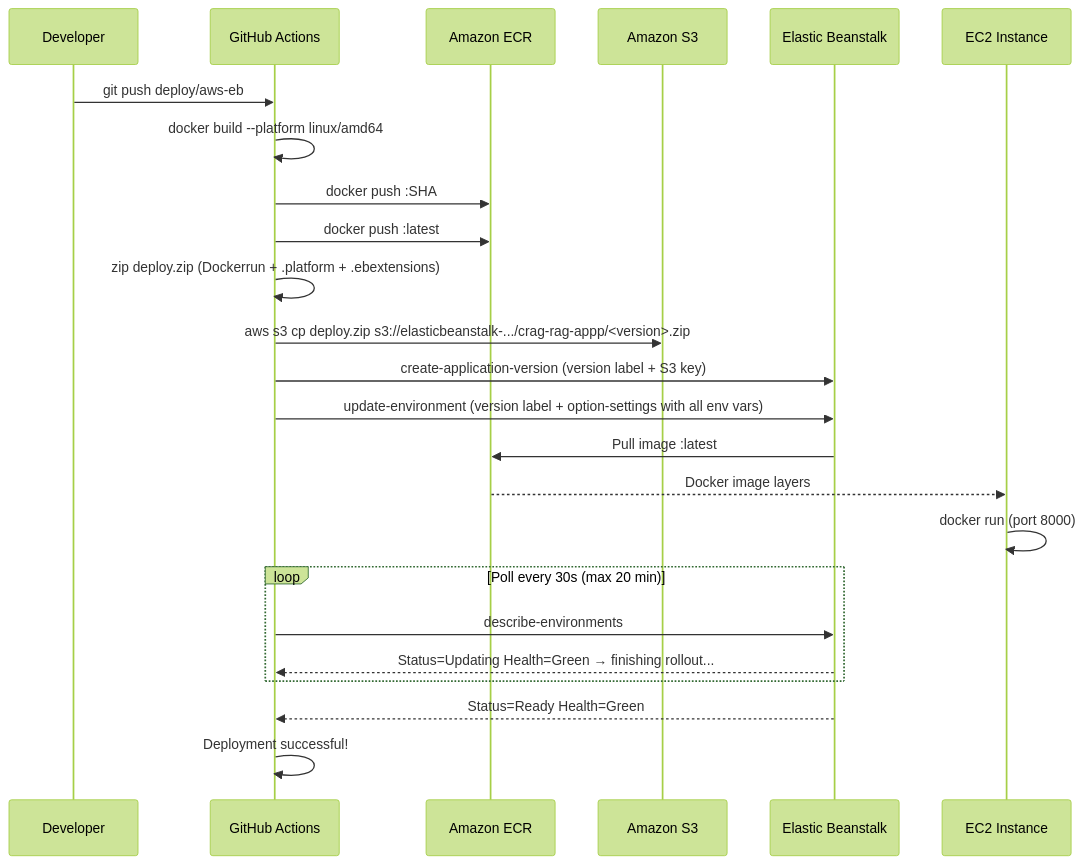
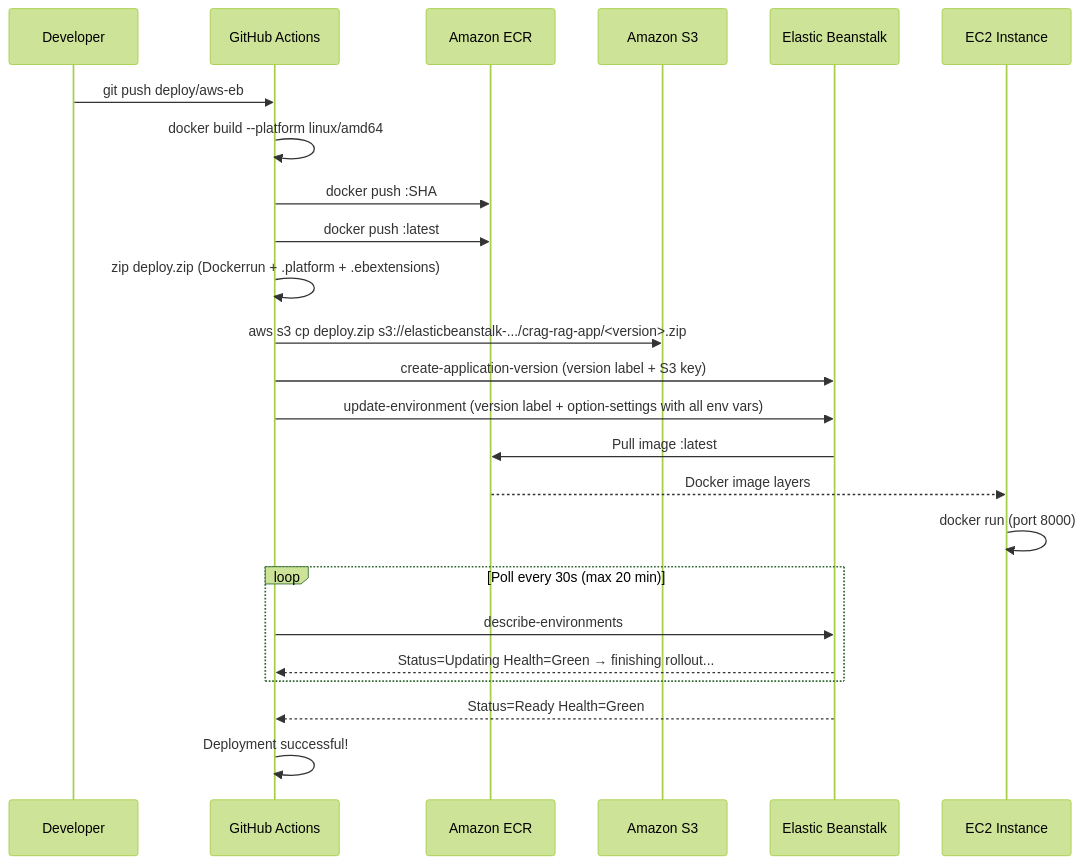
The fourth of 4 diagrams in workflows/AWS_Deployment_Architecture.md (rahulpariharcopilot/corrective_self_reflective_rag), drawn with Mermaid (forest theme) before and after one commit. The commit also changed other lines of this file and 6 other files, not shown here.

````diff
--- a/workflows/AWS_Deployment_Architecture.md
+++ b/workflows/AWS_Deployment_Architecture.md
@@ -107,33 +107,33 @@
 ```mermaid
 sequenceDiagram
     participant DEV as Developer
     participant GH as GitHub Actions
     participant ECR as Amazon ECR
     participant S3 as Amazon S3
     participant EB as Elastic Beanstalk
     participant EC2 as EC2 Instance
 
     DEV->>GH: git push deploy/aws-eb
 
     GH->>GH: docker build --platform linux/amd64
     GH->>ECR: docker push :SHA
     GH->>ECR: docker push :latest
 
     GH->>GH: zip deploy.zip (Dockerrun + .platform + .ebextensions)
-    GH->>S3: aws s3 cp deploy.zip s3://elasticbeanstalk-.../crag-rag-appp/<version>.zip
+    GH->>S3: aws s3 cp deploy.zip s3://elasticbeanstalk-.../crag-rag-app/<version>.zip
 
     GH->>EB: create-application-version (version label + S3 key)
     GH->>EB: update-environment (version label + option-settings with all env vars)
 
     EB->>ECR: Pull image :latest
     ECR-->>EC2: Docker image layers
     EC2->>EC2: docker run (port 8000)
 
     loop Poll every 30s (max 20 min)
         GH->>EB: describe-environments
         EB-->>GH: Status=Updating Health=Green → finishing rollout...
     end
 
     EB-->>GH: Status=Ready Health=Green
     GH->>GH: Deployment successful!
 ```
````
